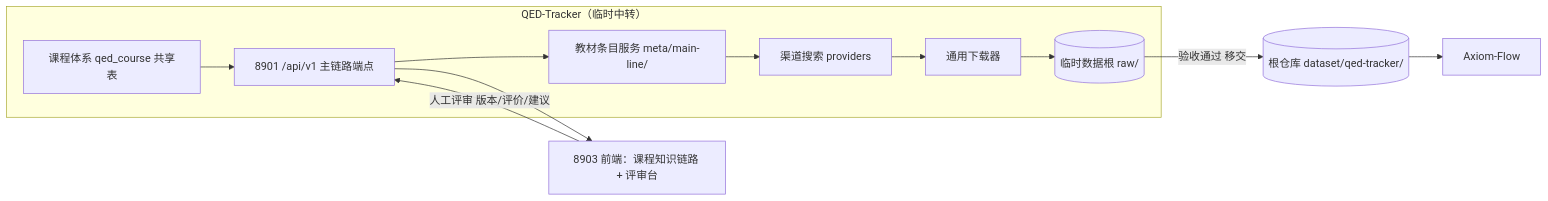
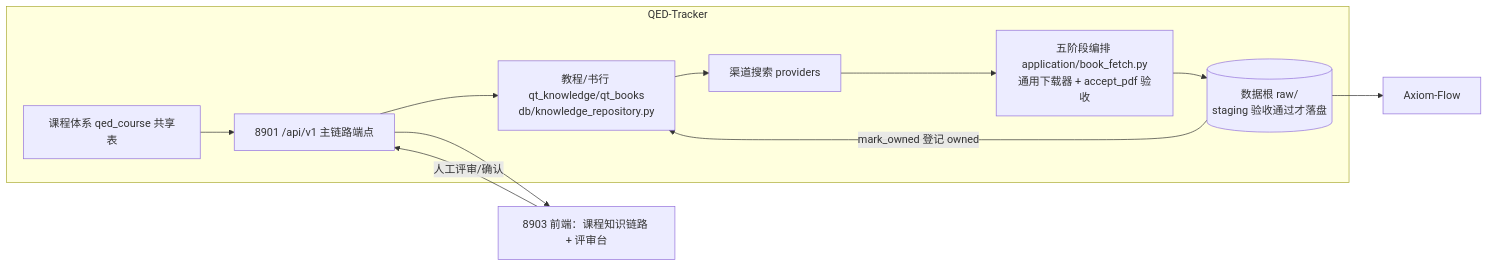
The diagram in docs/architecture/main-line.md (swfswf1234/QED-Tracker), drawn with Mermaid before and after one commit. The commit also changed other lines of this file and 141 other files, not shown here.

Commit message:
feat: QED-050 探索管线重构 + 文档体系拆分 + DB schema 重建 + CLI 精简

````diff
--- a/docs/architecture/main-line.md
+++ b/docs/architecture/main-line.md
@@ -51,14 +57,14 @@
 ```mermaid
 flowchart LR
-    subgraph QEDTracker[QED-Tracker（临时中转）]
+    subgraph QEDTracker[QED-Tracker]
         COURSES[课程体系 qed_course 共享表] --> API[8901 /api/v1 主链路端点]
-        API --> ENTRIES[教材条目服务 meta/main-line/]
+        API --> ENTRIES[教程/书行 qt_knowledge/qt_books<br/>db/knowledge_repository.py]
         ENTRIES --> SEARCH[渠道搜索 providers]
-        SEARCH --> DOWNLOAD[通用下载器]
-        DOWNLOAD --> TMP[(临时数据根 raw/)]
+        SEARCH --> DOWNLOAD[五阶段编排 application/book_fetch.py<br/>通用下载器 + accept_pdf 验收]
+        DOWNLOAD --> TMP[(数据根 raw/<br/>staging 验收通过才落盘)]
+        TMP -->|mark_owned 登记 owned| ENTRIES
     end
     API --> UI[8903 前端：课程知识链路 + 评审台]
-    UI -->|人工评审 版本/评价/建议| API
-    TMP -->|验收通过 移交| ROOT[(根仓库 dataset/qed-tracker/)]
-    ROOT --> AXIOM[Axiom-Flow]
+    UI -->|人工评审/确认| API
+    TMP --> AXIOM[Axiom-Flow]
 ```
````
